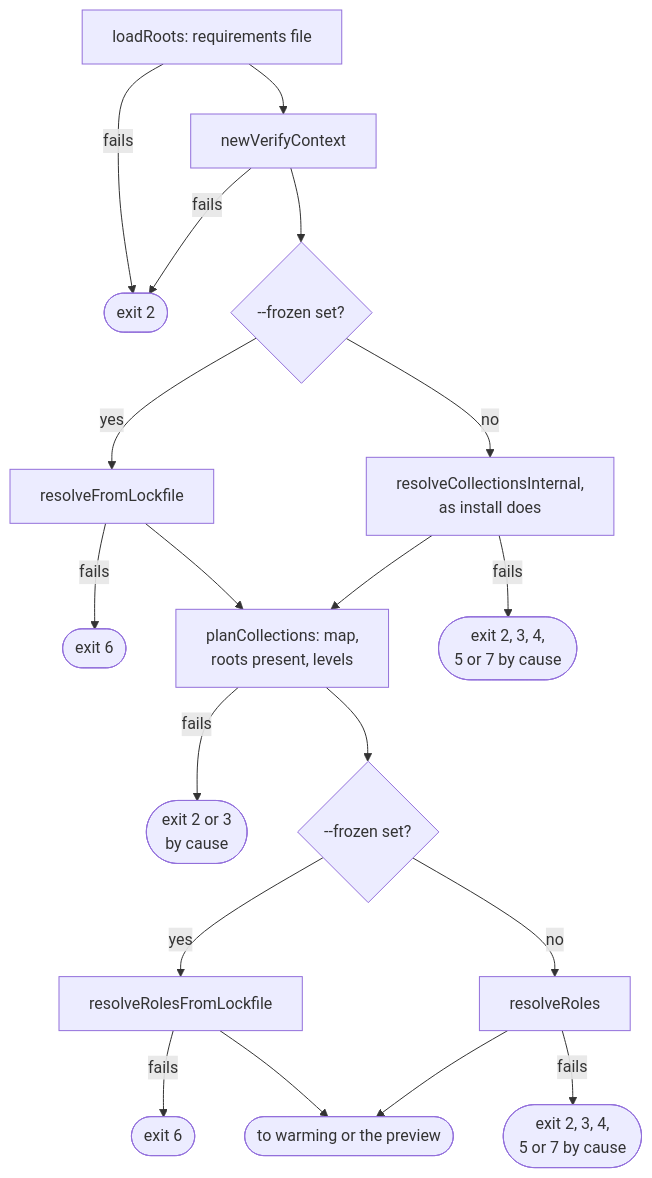
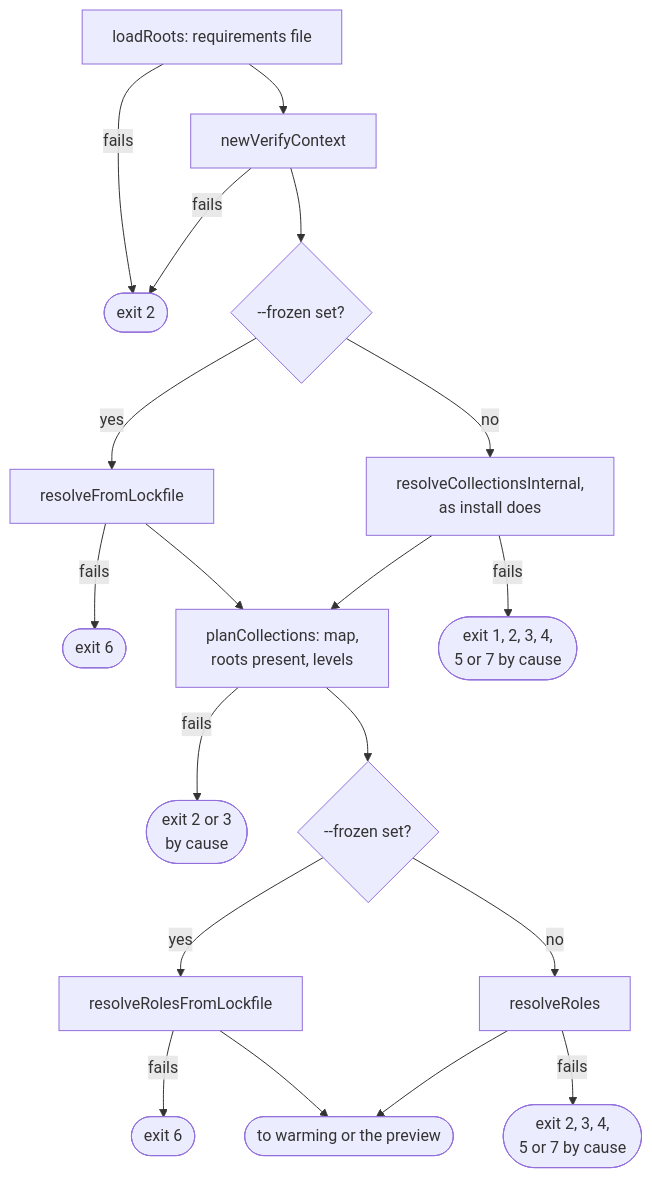
The second of 6 diagrams in docs/internals/flow-warm.md (greeddj/go-galaxy), drawn with Mermaid before and after one commit. The commit also changed other lines of this file and 36 other files, not shown here.

````diff
--- a/docs/internals/flow-warm.md
+++ b/docs/internals/flow-warm.md
@@ -42,21 +36,21 @@
 ```mermaid
 flowchart TD
     L["loadRoots: requirements file"] -->|"fails"| X2(["exit 2"])
     L --> V["newVerifyContext"]
     V -->|"fails"| X2
     V --> F{"--frozen set?"}
     F -->|"yes"| RL["resolveFromLockfile"]
     F -->|"no"| RS["resolveCollectionsInternal,<br/>as install does"]
     RL -->|"fails"| X6(["exit 6"])
     RL --> PC["planCollections: map,<br/>roots present, levels"]
     RS --> PC
-    RS -->|"fails"| XR(["exit 2, 3, 4,<br/>5 or 7 by cause"])
+    RS -->|"fails"| XR(["exit 1, 2, 3, 4,<br/>5 or 7 by cause"])
     PC -->|"fails"| XP(["exit 2 or 3<br/>by cause"])
     PC --> F2{"--frozen set?"}
     F2 -->|"yes"| RR["resolveRolesFromLockfile"]
     F2 -->|"no"| RD["resolveRoles"]
     RR -->|"fails"| X6R(["exit 6"])
     RD -->|"fails"| XRR(["exit 2, 3, 4,<br/>5 or 7 by cause"])
     RR --> OUT(["to warming or the preview"])
     RD --> OUT
 ```
````
